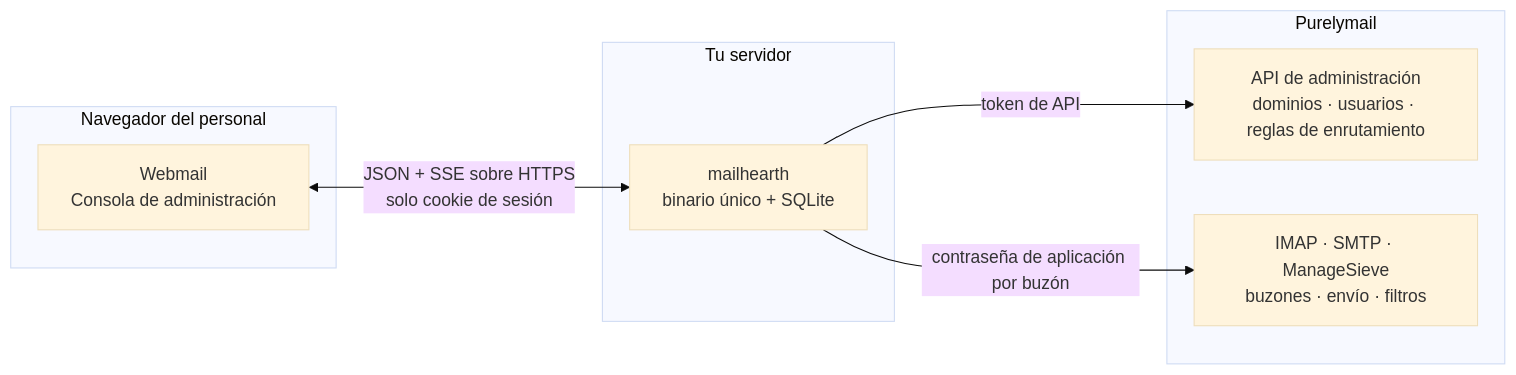
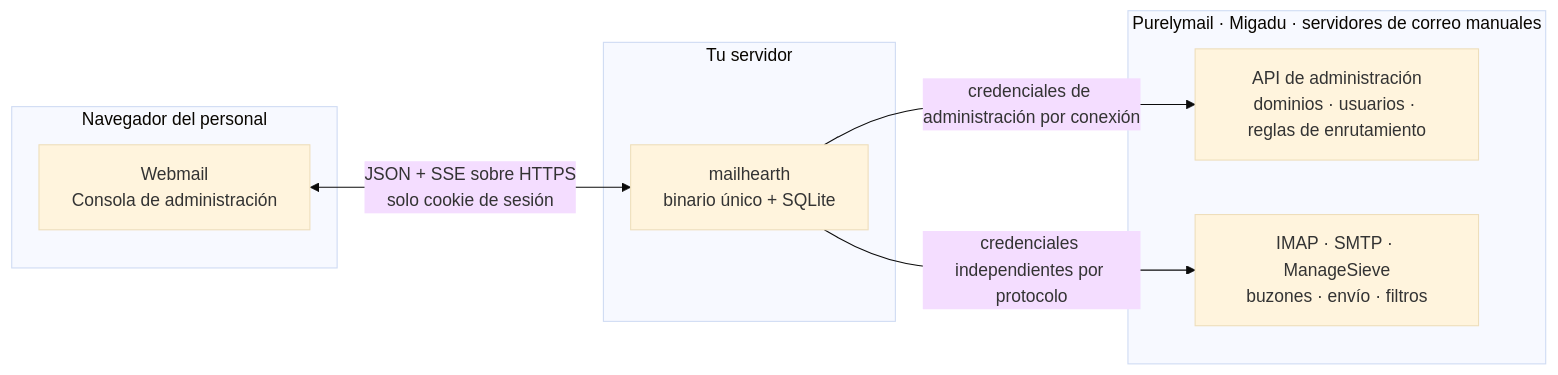
Before and after one commit to yll682/Mailhearth: the diagram in README.es.md, drawn with Mermaid (base theme). The commit also changed other lines of this file and 184 other files, not shown here.

````diff
--- a/README.es.md
+++ b/README.es.md
@@ -18,17 +15,17 @@
 ```mermaid
 flowchart LR
     subgraph browser["Navegador del personal"]
         SPA["Webmail<br/>Consola de administración"]
     end
     subgraph host["Tu servidor"]
         APP["mailhearth<br/>binario único + SQLite"]
     end
-    subgraph pm["Purelymail"]
+    subgraph pm["Purelymail · Migadu · servidores de correo manuales"]
         API["API de administración<br/>dominios · usuarios · reglas de enrutamiento"]
         MAIL["IMAP · SMTP · ManageSieve<br/>buzones · envío · filtros"]
     end
 
     SPA <-->|"JSON + SSE sobre HTTPS<br/>solo cookie de sesión"| APP
-    APP -->|"token de API"| API
-    APP -->|"contraseña de aplicación por buzón"| MAIL
+    APP -->|"credenciales de administración por conexión"| API
+    APP -->|"credenciales independientes por protocolo"| MAIL
 ```
````
